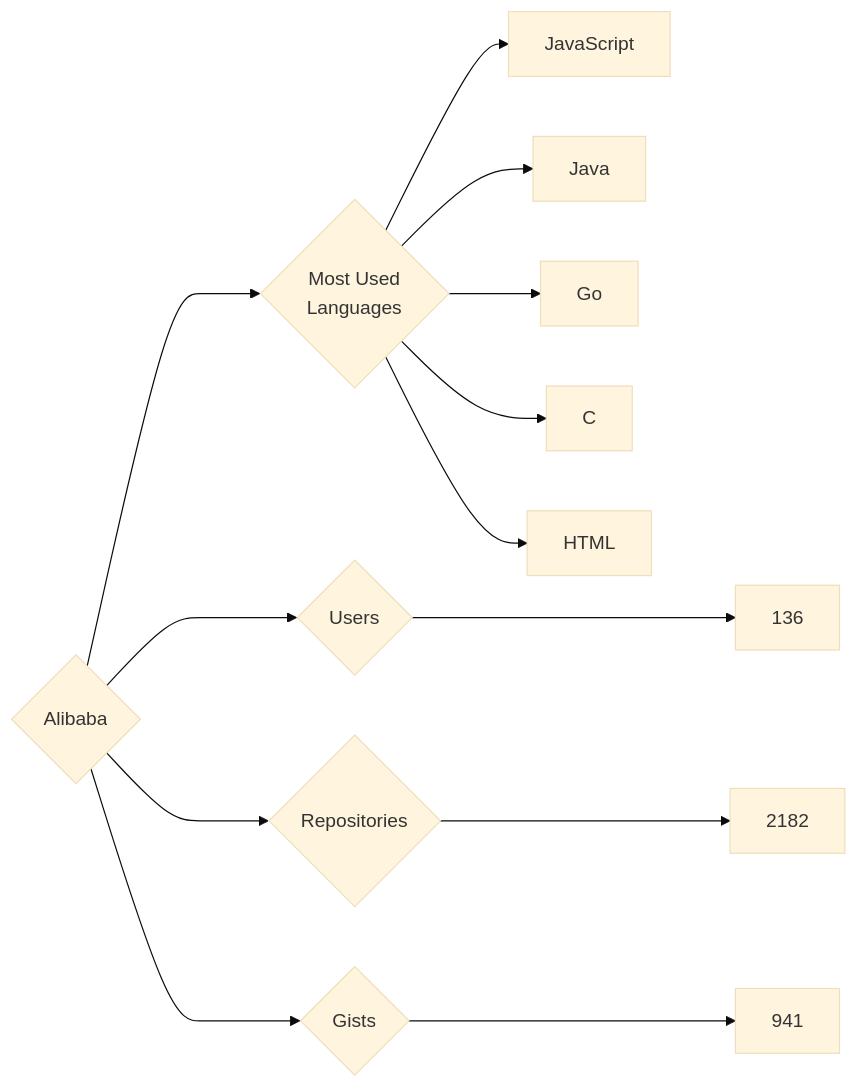
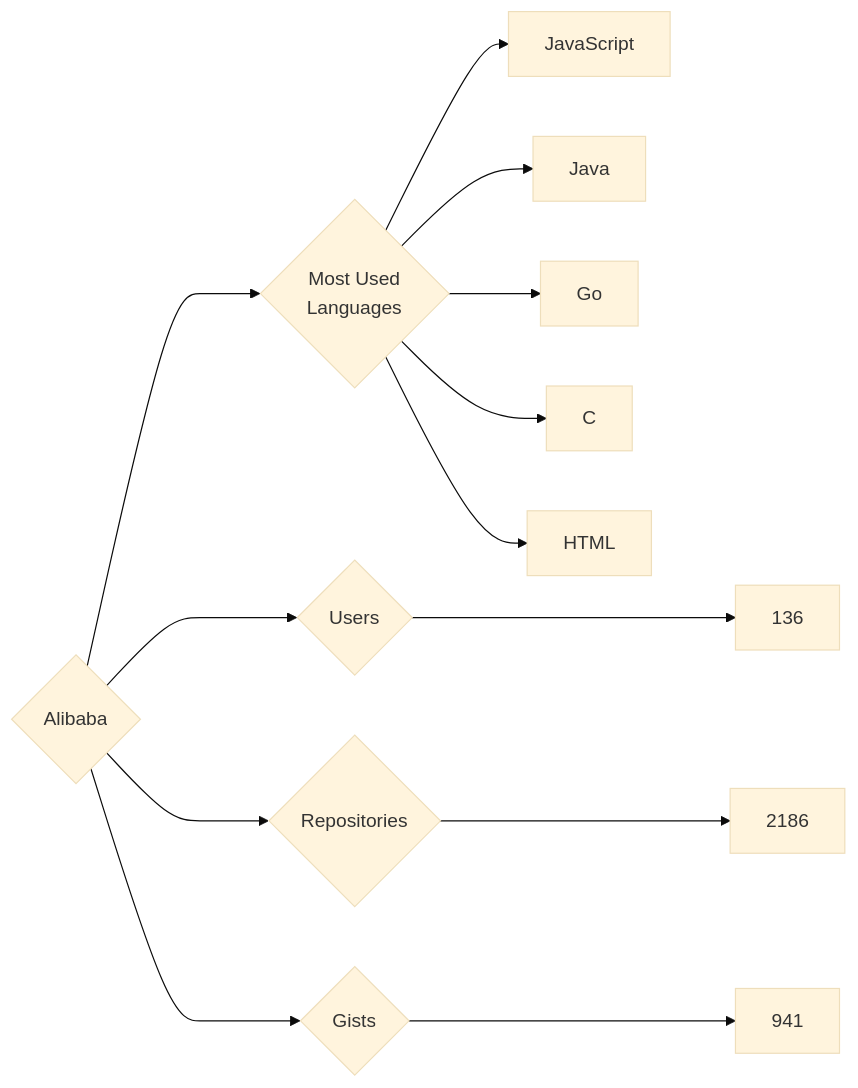
The diagram in targets/Alibaba/README.md (trickest/insiders), drawn with Mermaid (base theme) before and after one commit. The commit also changed 614 other files, not shown here.

````diff
--- a/targets/Alibaba/README.md
+++ b/targets/Alibaba/README.md
@@ -3,13 +3,13 @@
 ```mermaid
 graph LR
 COMPANY_NAME{Alibaba}
 COMPANY_NAME ---> U{Users} ---> UN[136]
-COMPANY_NAME ---> R{Repositories} ---> RN[2182]
+COMPANY_NAME ---> R{Repositories} ---> RN[2186]
 COMPANY_NAME ---> G{Gists} ---> GN[941]
 COMPANY_NAME ---> ML{Most Used<br>Languages}
 ML --> JavaScript[JavaScript]
 ML --> Java[Java]
 ML --> Go[Go]
 ML --> C[C]
 ML --> HTML[HTML]
 ```
````
